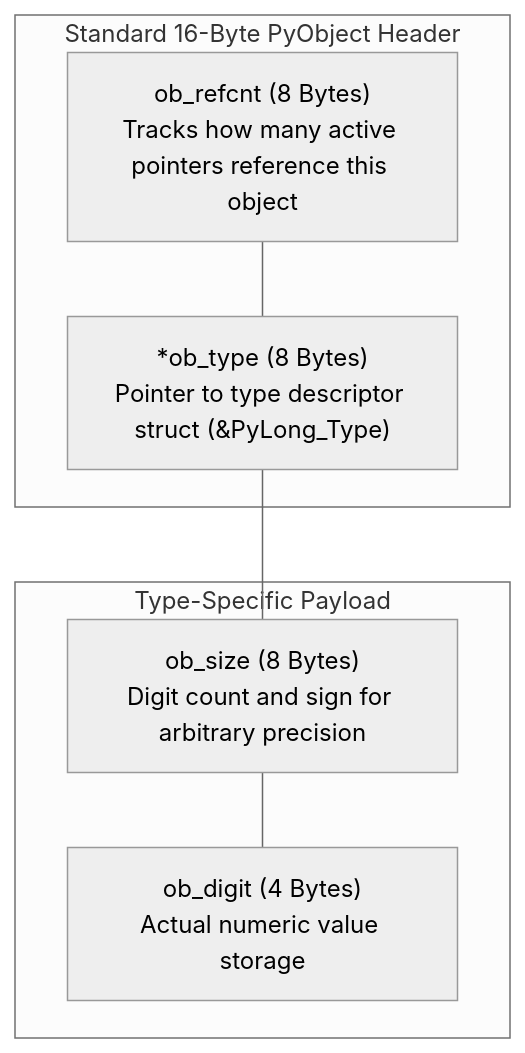
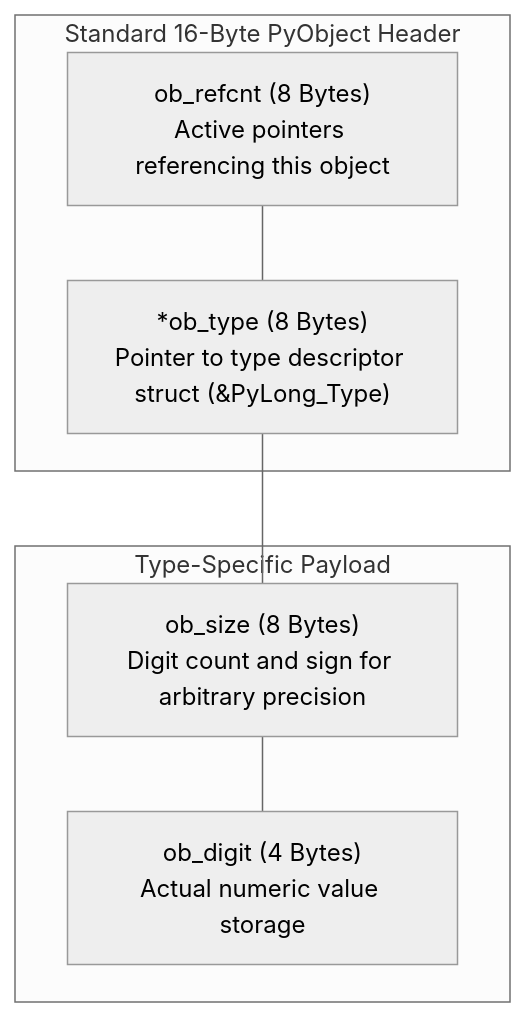
Before and after one commit to AchuAshwath/Cthru-Python: the first of 3 diagrams in src/content/docs/foundations/the-pyobject.mdx, drawn with Mermaid (neutral theme). The commit also changed other lines of this file and 2 other files, not shown here.

````diff
--- a/src/content/docs/foundations/the-pyobject.mdx
+++ b/src/content/docs/foundations/the-pyobject.mdx
@@ -82,14 +74,14 @@
 ```mermaid
 flowchart TD
     subgraph Header["Standard 16-Byte PyObject Header"]
-        Ref["ob_refcnt (8 Bytes)<br/>Tracks how many active pointers reference this object"]
+        Ref["ob_refcnt (8 Bytes)<br/>Active pointers referencing this object"]
         Type["*ob_type (8 Bytes)<br/>Pointer to type descriptor struct (&PyLong_Type)"]
     end
 
     subgraph Payload["Type-Specific Payload"]
         Size["ob_size (8 Bytes)<br/>Digit count and sign for arbitrary precision"]
         Digits["ob_digit (4 Bytes)<br/>Actual numeric value storage"]
     end
 
     Ref --- Type --- Size --- Digits
 ```
````
